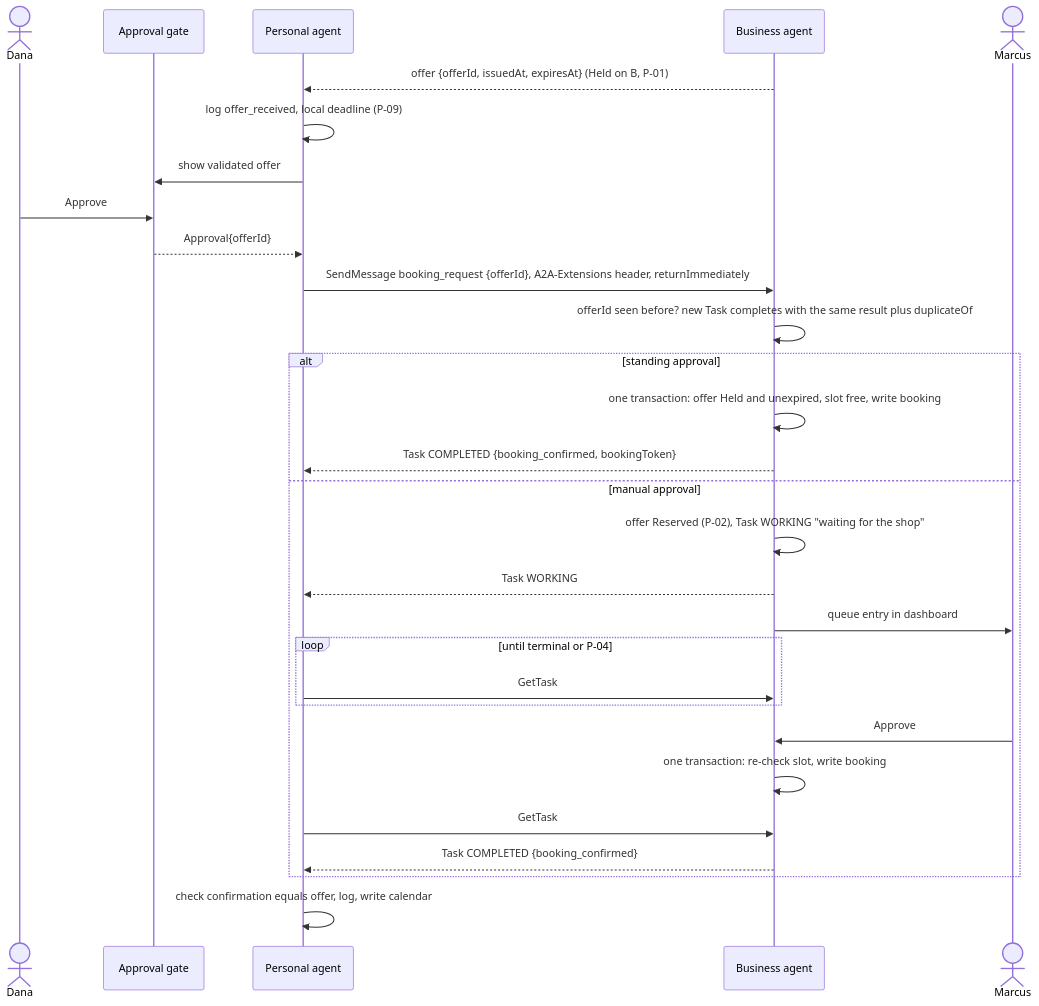
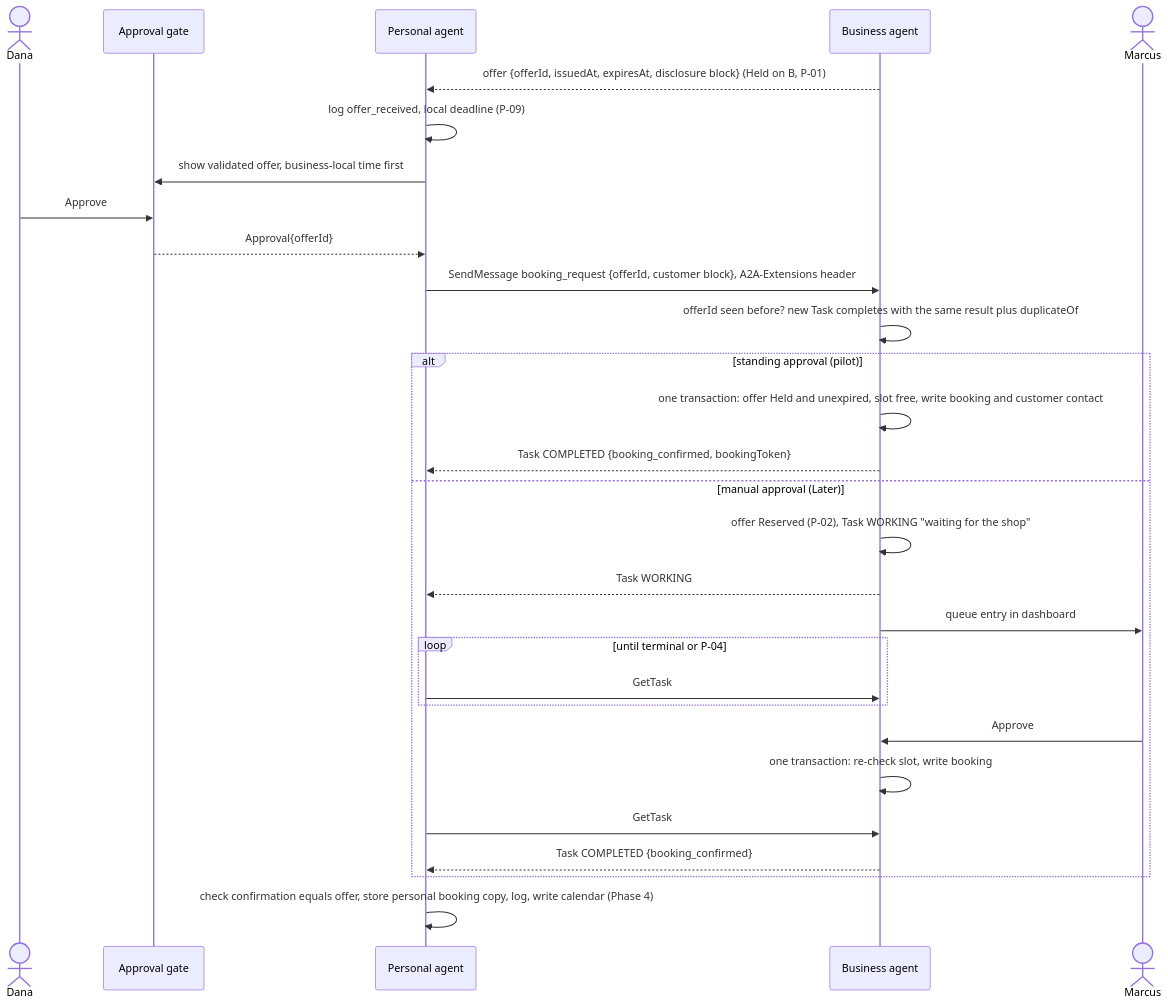
The fifth of 8 diagrams in docs/sad/10-architecture.md (Jannisar01/hitchpost), drawn with Mermaid before and after one commit. The commit also changed other lines of this file and 23 other files, not shown here.

````diff
--- a/docs/sad/10-architecture.md
+++ b/docs/sad/10-architecture.md
@@ -195,31 +208,31 @@
 ```mermaid
 sequenceDiagram
   actor Dana
   participant G as Approval gate
   participant P as Personal agent
   participant B as Business agent
   actor Marcus
-  B-->>P: offer {offerId, issuedAt, expiresAt} (Held on B, P-01)
+  B-->>P: offer {offerId, issuedAt, expiresAt, disclosure block} (Held on B, P-01)
   P->>P: log offer_received, local deadline (P-09)
-  P->>G: show validated offer
+  P->>G: show validated offer, business-local time first
   Dana->>G: Approve
   G-->>P: Approval{offerId}
-  P->>B: SendMessage booking_request {offerId}, A2A-Extensions header, returnImmediately
+  P->>B: SendMessage booking_request {offerId, customer block}, A2A-Extensions header
   B->>B: offerId seen before? new Task completes with the same result plus duplicateOf
-  alt standing approval
-    B->>B: one transaction: offer Held and unexpired, slot free, write booking
+  alt standing approval (pilot)
+    B->>B: one transaction: offer Held and unexpired, slot free, write booking and customer contact
     B-->>P: Task COMPLETED {booking_confirmed, bookingToken}
-  else manual approval
+  else manual approval (Later)
     B->>B: offer Reserved (P-02), Task WORKING "waiting for the shop"
     B-->>P: Task WORKING
     B->>Marcus: queue entry in dashboard
     loop until terminal or P-04
       P->>B: GetTask
     end
     Marcus->>B: Approve
     B->>B: one transaction: re-check slot, write booking
     P->>B: GetTask
     B-->>P: Task COMPLETED {booking_confirmed}
   end
-  P->>P: check confirmation equals offer, log, write calendar
+  P->>P: check confirmation equals offer, store personal booking copy, log, write calendar (Phase 4)
 ```
````
